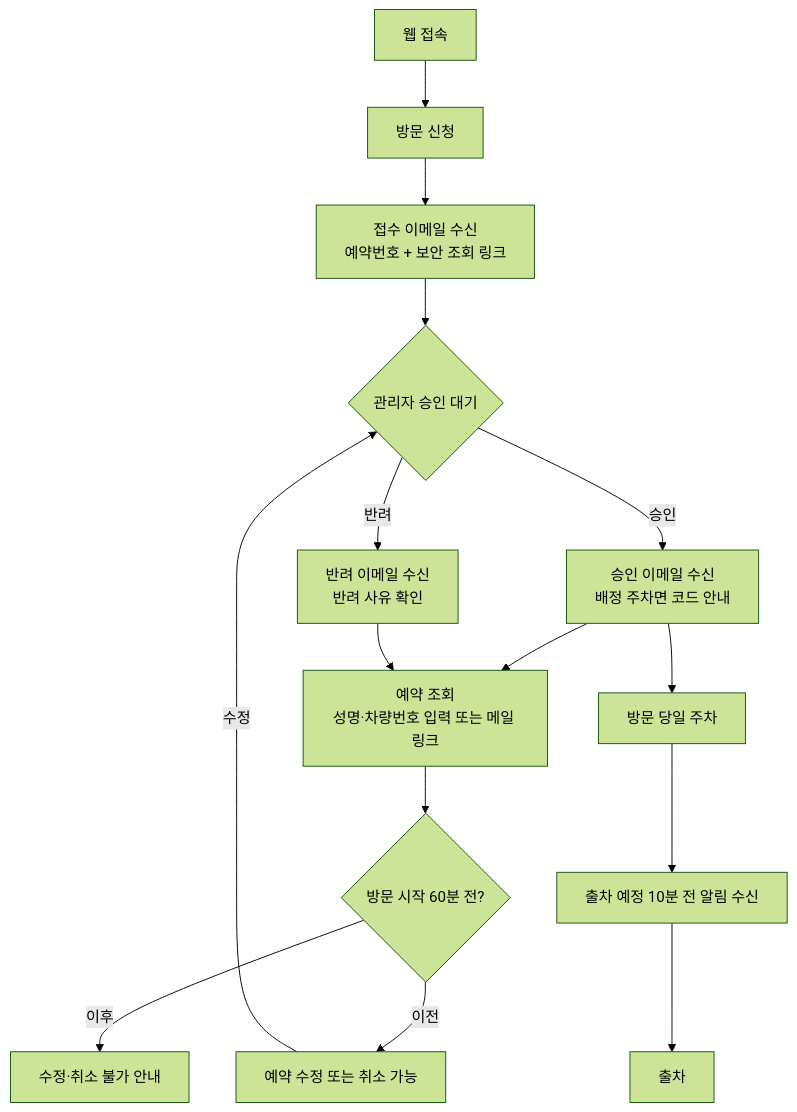
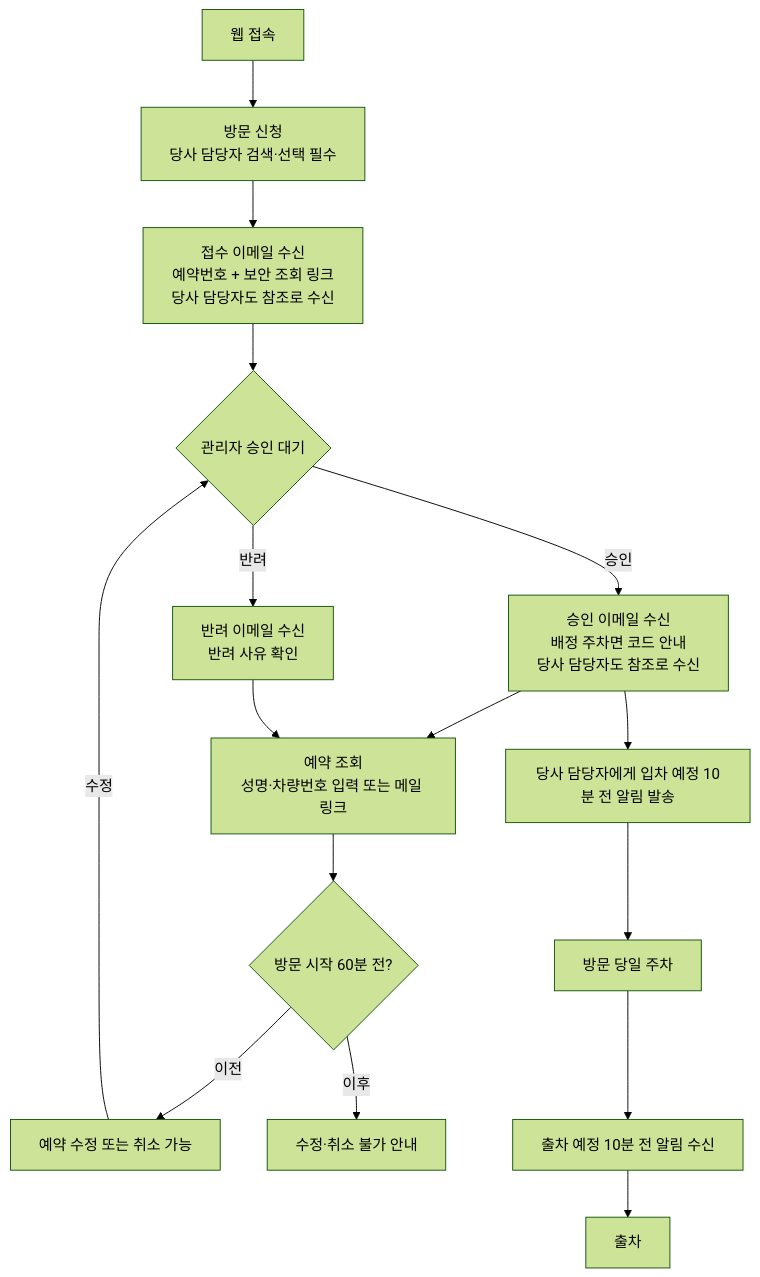
One commit to leejyeone/ParkingSystem changed the first of 5 diagrams in README.md. Above: the diagram before and after it, drawn with Mermaid (forest theme). The commit also changed other lines of this file and 22 other files, not shown here.

````diff
--- a/README.md
+++ b/README.md
@@ -184,17 +187,18 @@
 ```mermaid
 flowchart TD
-    A[웹 접속] --> B[방문 신청]
-    B --> C[접수 이메일 수신<br/>예약번호 + 보안 조회 링크]
+    A[웹 접속] --> B[방문 신청<br/>당사 담당자 검색·선택 필수]
+    B --> C[접수 이메일 수신<br/>예약번호 + 보안 조회 링크<br/>당사 담당자도 참조로 수신]
     C --> D{관리자 승인 대기}
-    D -->|승인| E[승인 이메일 수신<br/>배정 주차면 코드 안내]
+    D -->|승인| E[승인 이메일 수신<br/>배정 주차면 코드 안내<br/>당사 담당자도 참조로 수신]
     D -->|반려| F[반려 이메일 수신<br/>반려 사유 확인]
     E --> G[예약 조회<br/>성명·차량번호 입력 또는 메일 링크]
     F --> G
     G --> H{방문 시작 60분 전?}
     H -->|이전| I[예약 수정 또는 취소 가능]
     H -->|이후| J[수정·취소 불가 안내]
     I -->|수정| D
-    E --> K[방문 당일 주차]
-    K --> L[출차 예정 10분 전 알림 수신]
-    L --> M[출차]
+    E --> K[당사 담당자에게 입차 예정 10분 전 알림 발송]
+    K --> L[방문 당일 주차]
+    L --> M[출차 예정 10분 전 알림 수신]
+    M --> N[출차]
 ```
````
